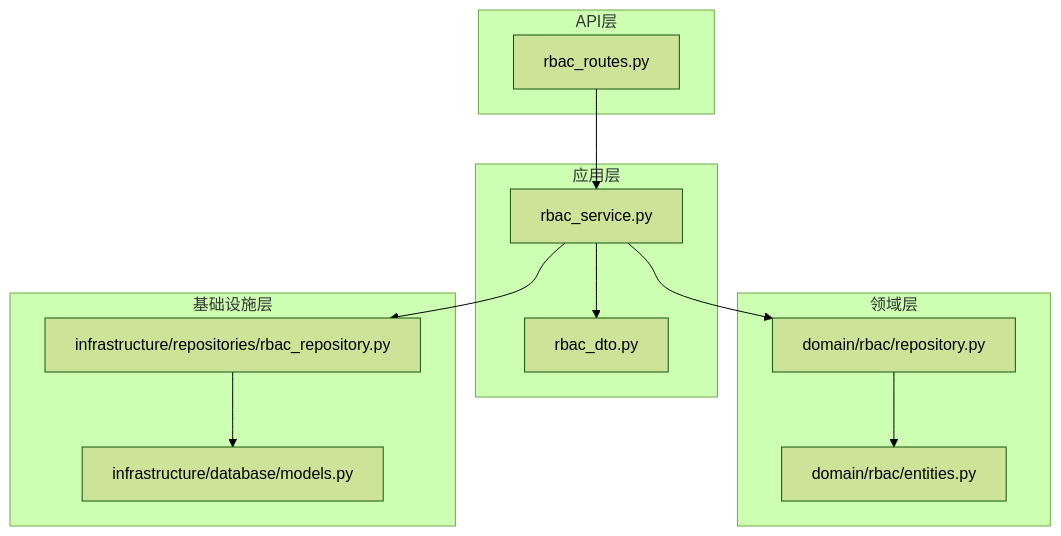
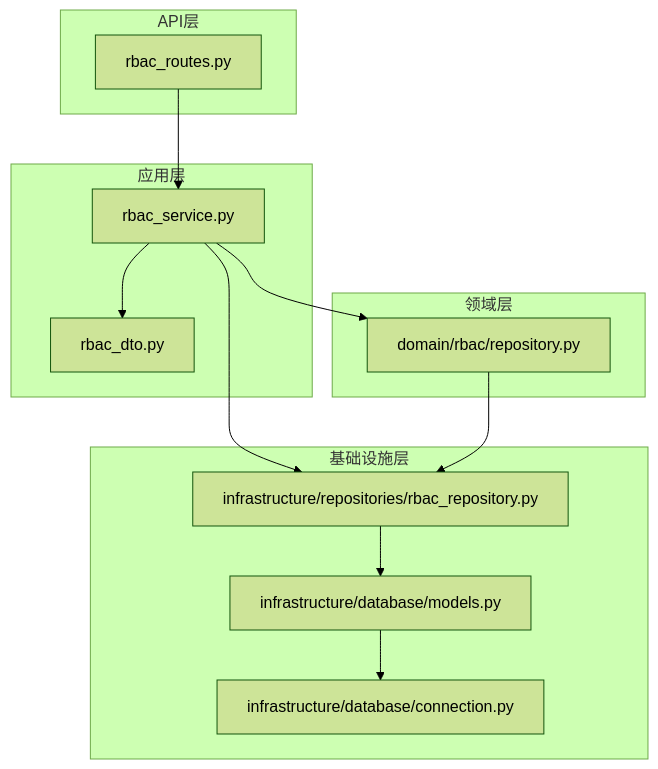
Before and after one commit to taoweidong/Hello-FastApi: the first of 8 diagrams in .qoder/repowiki/zh/content/数据模型设计/RBAC实体模型.md, drawn with Mermaid (forest theme). The commit also changed other lines of this file and 11 other files, not shown here.

````diff
--- a/.qoder/repowiki/zh/content/数据模型设计/RBAC实体模型.md
+++ b/.qoder/repowiki/zh/content/数据模型设计/RBAC实体模型.md
@@ -36,24 +46,25 @@
 ```mermaid
 graph TB
 subgraph "API层"
 Routes[rbac_routes.py]
 end
 subgraph "应用层"
 Service[rbac_service.py]
 DTO[rbac_dto.py]
 end
 subgraph "领域层"
-DomainEntities[domain/rbac/entities.py]
 DomainRepo[domain/rbac/repository.py]
 end
 subgraph "基础设施层"
 InfraModels[infrastructure/database/models.py]
 RepoImpl[infrastructure/repositories/rbac_repository.py]
+DBConnection[infrastructure/database/connection.py]
 end
 Routes --> Service
 Service --> DTO
 Service --> DomainRepo
 Service --> RepoImpl
-DomainRepo --> DomainEntities
+DomainRepo --> RepoImpl
 RepoImpl --> InfraModels
+InfraModels --> DBConnection
 ```
````
